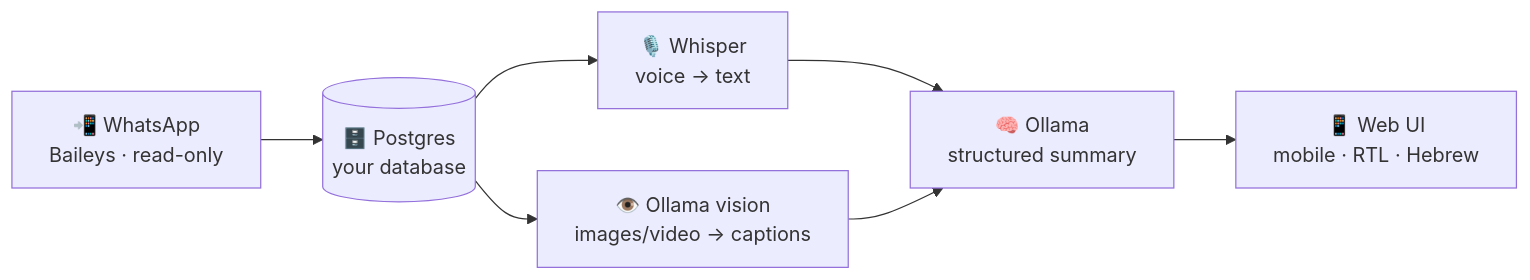
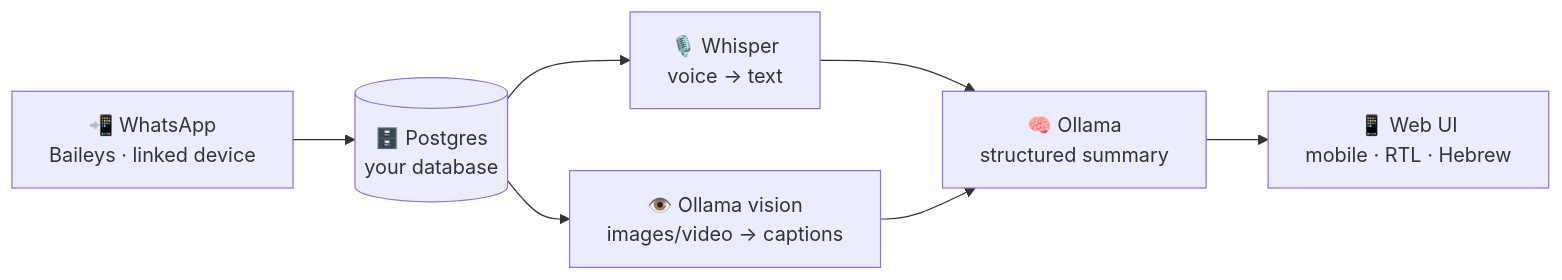
Before and after one commit to EyalDelarea/Sumbox: the first of 2 diagrams in README.md, drawn with Mermaid. The commit also changed other lines of this file, not shown here.

First line of the commit message:
docs: say what the linked device sends, and where

````diff
--- a/README.md
+++ b/README.md
@@ -29,9 +29,9 @@
 ```mermaid
 flowchart LR
-    WA["📲 WhatsApp<br/>Baileys · read-only"] --> PG[("🗄️ Postgres<br/>your database")]
+    WA["📲 WhatsApp<br/>Baileys · linked device"] --> PG[("🗄️ Postgres<br/>your database")]
     PG --> W["🎙️ Whisper<br/>voice → text"]
     PG --> V["👁️ Ollama vision<br/>images/video → captions"]
     W --> S["🧠 Ollama<br/>structured summary"]
     V --> S
     S --> UI["📱 Web UI<br/>mobile · RTL · Hebrew"]
 ```
````
